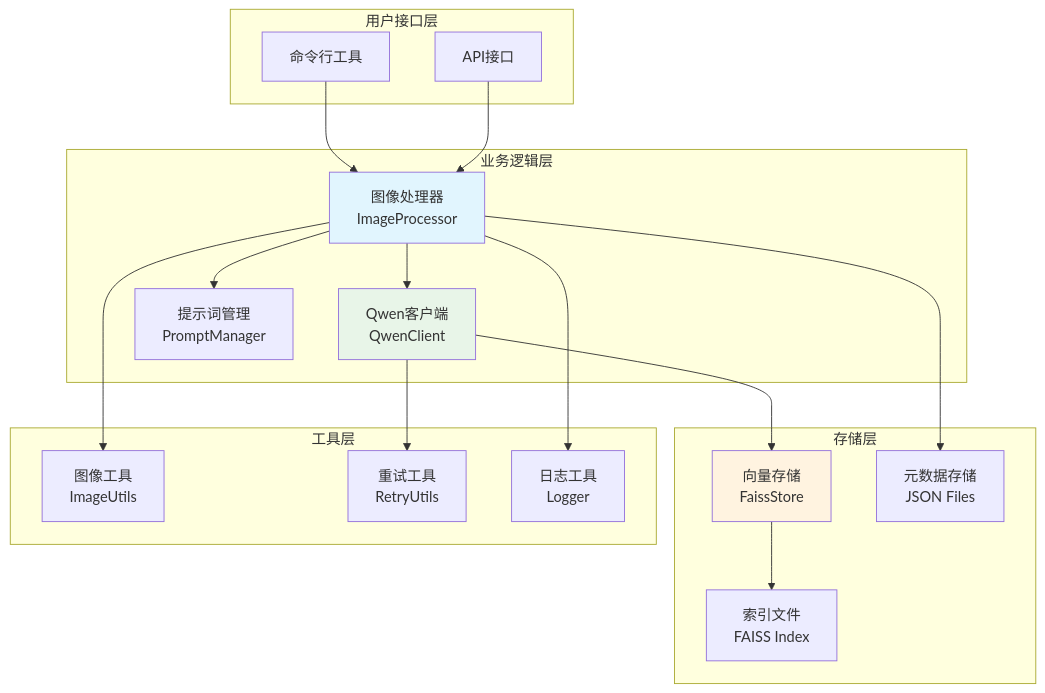
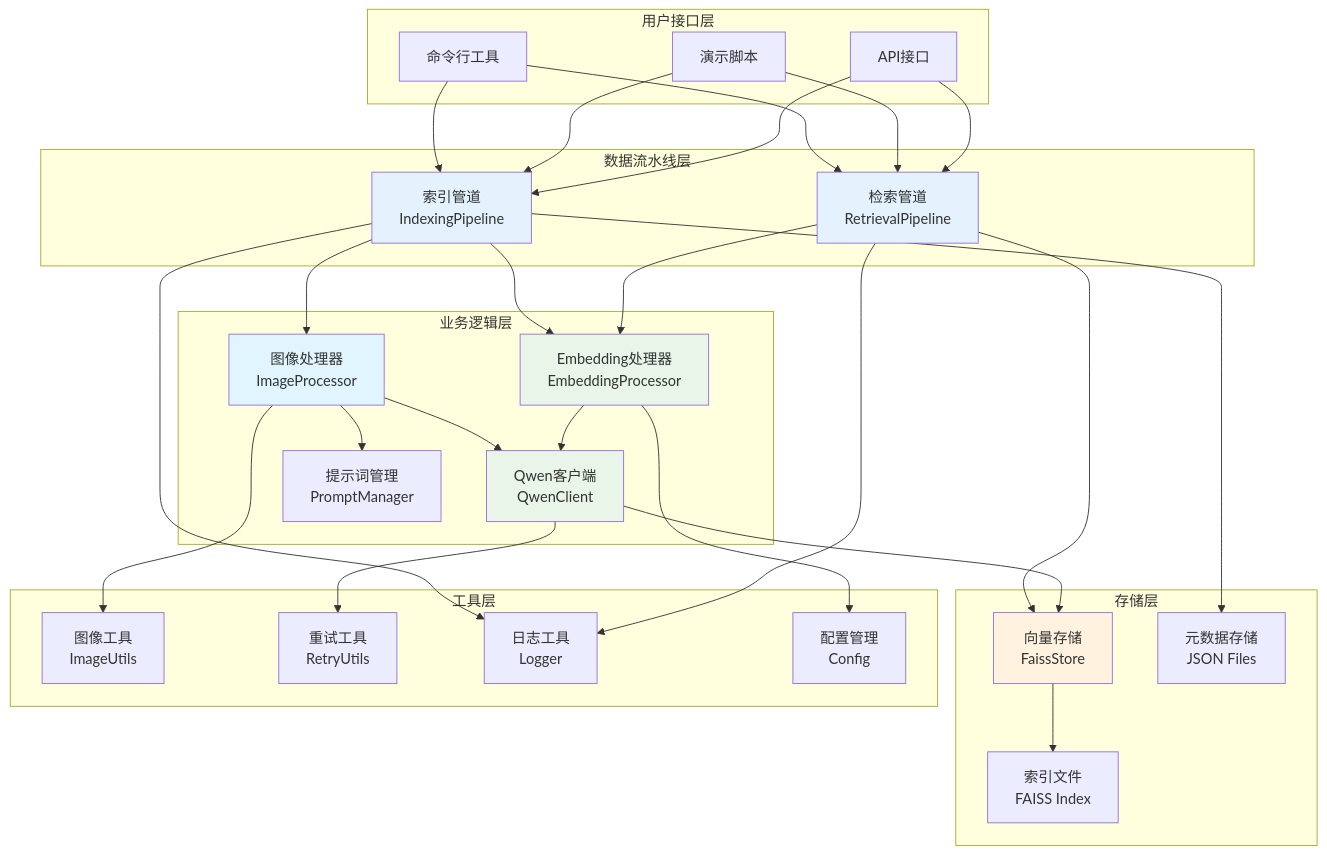
One commit to Senke0x/QwenRag changed the first of 2 diagrams in design/design.md. Above: the diagram before and after it, drawn with Mermaid. The commit also changed other lines of this file and 28 other files, not shown here.

````diff
--- a/design/design.md
+++ b/design/design.md
@@ -30,40 +30,65 @@
 ``` mermaid
 graph TB
     subgraph "用户接口层"
         CLI[命令行工具]
         API[API接口]
+        DEMO[演示脚本]
     end
 
     subgraph "业务逻辑层"
         IP[图像处理器<br/>ImageProcessor]
+        EP[Embedding处理器<br/>EmbeddingProcessor]
         QC[Qwen客户端<br/>QwenClient]
         PM[提示词管理<br/>PromptManager]
+    end
+
+    subgraph "数据流水线层"
+        IDX_PIPE[索引管道<br/>IndexingPipeline]
+        RET_PIPE[检索管道<br/>RetrievalPipeline]
     end
 
     subgraph "存储层"
         FS[向量存储<br/>FaissStore]
         META[元数据存储<br/>JSON Files]
-        IDX[索引文件<br/>FAISS Index]
+        FAISS_IDX[索引文件<br/>FAISS Index]
     end
 
     subgraph "工具层"
         IU[图像工具<br/>ImageUtils]
         RU[重试工具<br/>RetryUtils]
         LOG[日志工具<br/>Logger]
+        CFG[配置管理<br/>Config]
     end
 
-    CLI --> IP
-    API --> IP
+    CLI --> IDX_PIPE
+    CLI --> RET_PIPE
+    DEMO --> IDX_PIPE
+    DEMO --> RET_PIPE
+    API --> IDX_PIPE
+    API --> RET_PIPE
+    
+    IDX_PIPE --> IP
+    IDX_PIPE --> EP
+    RET_PIPE --> EP
+    RET_PIPE --> FS
+    
     IP --> QC
     IP --> PM
+    EP --> QC
     QC --> FS
-    FS --> IDX
-    IP --> META
+    FS --> FAISS_IDX
+    IDX_PIPE --> META
+    
     IP --> IU
     QC --> RU
-    IP --> LOG
+    IDX_PIPE --> LOG
+    RET_PIPE --> LOG
+    EP --> CFG
 
+    style IDX_PIPE fill:#e3f2fd
+    style RET_PIPE fill:#e3f2fd
+    style EP fill:#e8f5e8
     style IP fill:#e1f5fe
     style QC fill:#e8f5e8
     style FS fill:#fff3e0
 ```
````
